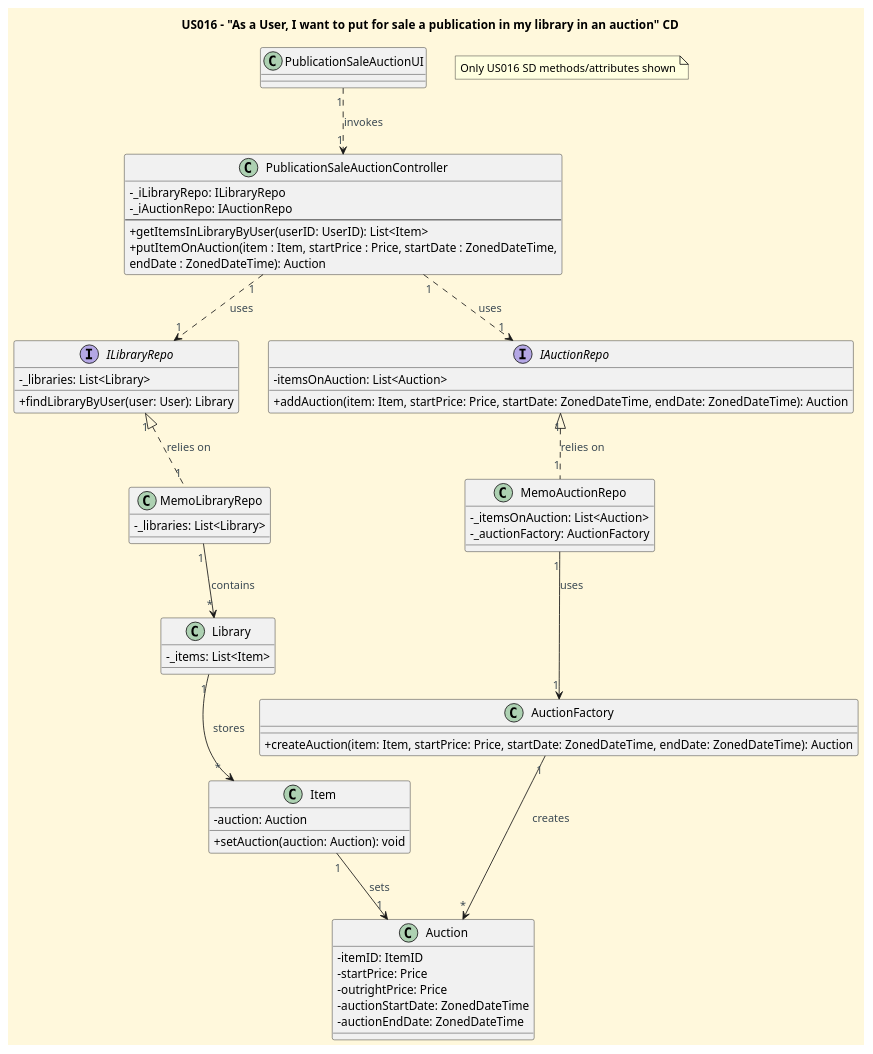
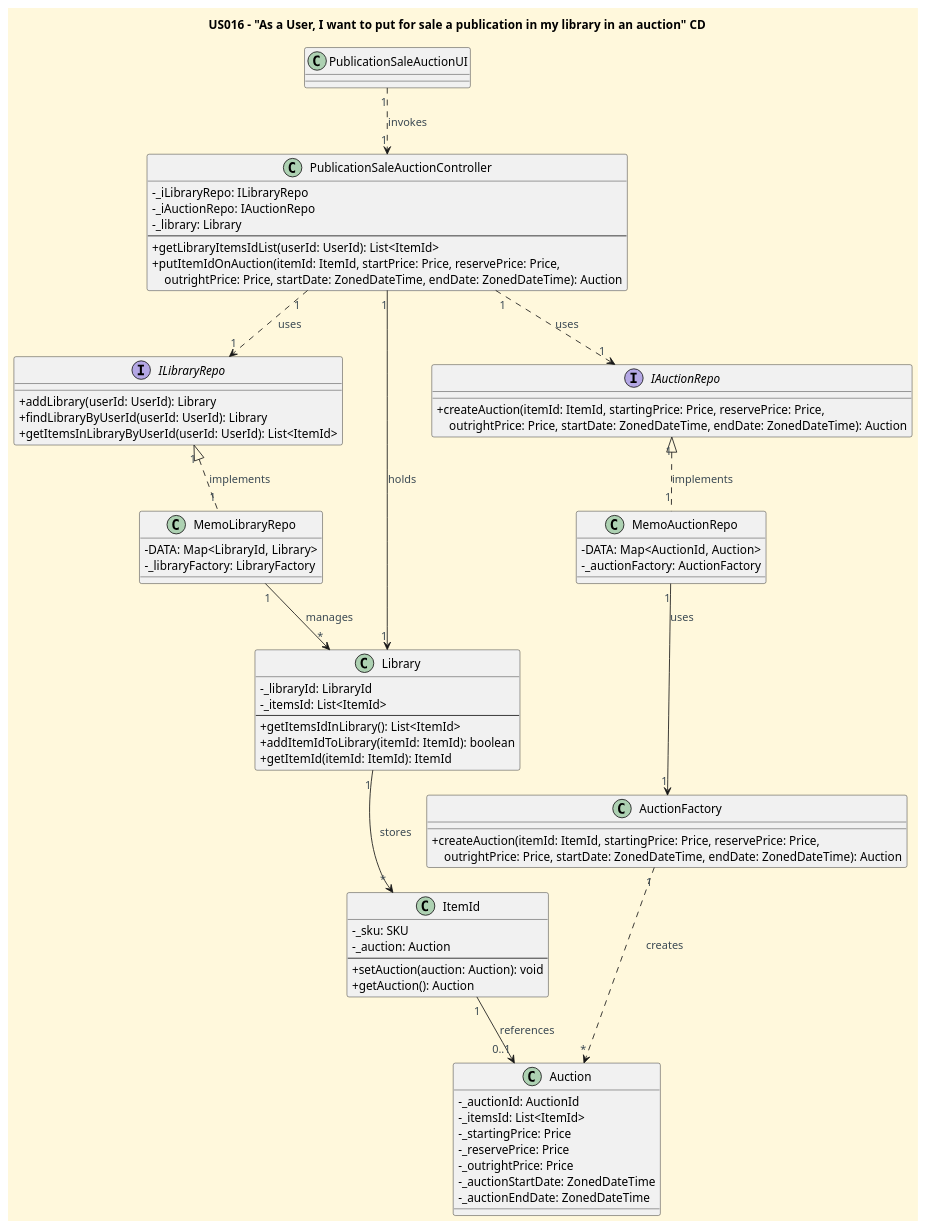
One commit to CarolinaLeite-collab/JavaMarketplacePlatform changed the diagram in docs/user-stories/US016/US016_publication_sale_auction_CD.puml. Above: the diagram before and after it, drawn with PlantUML. The commit also changed 2 other files, not shown here.

```diff
--- a/docs/user-stories/US016/US016_publication_sale_auction_CD.puml
+++ b/docs/user-stories/US016/US016_publication_sale_auction_CD.puml
@@ -1,97 +1,107 @@
 @startuml
 'https://plantuml.com/class-diagram
 title US016 – "As a User, I want to put for sale a publication in my library in an auction" CD
 
 '==== basic style ====
 skinparam monochrome false
 skinparam shadowing false
 skinparam defaultFontName Futura
 skinparam objectFontSize 20
 skinparam backgroundColor CornSilk
 skinparam objectBackgroundColor WhiteSmoke
 skinparam noteBackgroundColor #FFFFE0
 skinparam ArrowFontColor #3B4953
 skinparam ActivationBackgroundColor black
 skinparam classAttributeIconSize 0
 
 '=== Classes ===
 class PublicationSaleAuctionUI {
 }
 
 class PublicationSaleAuctionController {
   - _iLibraryRepo: ILibraryRepo
   - _iAuctionRepo: IAuctionRepo
+  - _library: Library
   --
-  + getItemsInLibraryByUser(userID: UserID): List<Item>
-  + putItemOnAuction(item : Item, startPrice : Price, startDate : ZonedDateTime,
-                            endDate : ZonedDateTime): Auction
+  + getLibraryItemsIdList(userId: UserId): List<ItemId>
+  + putItemIdOnAuction(itemId: ItemId, startPrice: Price, reservePrice: Price,\n    outrightPrice: Price, startDate: ZonedDateTime, endDate: ZonedDateTime): Auction
 }
 
 Interface ILibraryRepo {
-  - _libraries: List<Library>
-  + findLibraryByUser(user: User): Library
+  + addLibrary(userId: UserId): Library
+  + findLibraryByUserId(userId: UserId): Library
+  + getItemsInLibraryByUserId(userId: UserId): List<ItemId>
 }
 
 class MemoLibraryRepo {
-  - _libraries: List<Library>
+  - DATA: Map<LibraryId, Library>
+  - _libraryFactory: LibraryFactory
 }
 
+class Library {
+  - _libraryId: LibraryId
+  - _itemsId: List<ItemId>
+  --
+  + getItemsIdInLibrary(): List<ItemId>
+  + addItemIdToLibrary(itemId: ItemId): boolean
+  + getItemId(itemId: ItemId): ItemId
+}
 
-class Item {
-  - auction: Auction
+class ItemId {
+  - _sku: SKU
+  - _auction: Auction
+  --
   + setAuction(auction: Auction): void
+  + getAuction(): Auction
 }
 
 Interface IAuctionRepo {
-  - itemsOnAuction: List<Auction>
-  + addAuction(item: Item, startPrice: Price, startDate: ZonedDateTime, endDate: ZonedDateTime): Auction
+  + createAuction(itemId: ItemId, startingPrice: Price, reservePrice: Price,\n    outrightPrice: Price, startDate: ZonedDateTime, endDate: ZonedDateTime): Auction
 }
 
 class MemoAuctionRepo {
--_itemsOnAuction: List<Auction>
--_auctionFactory: AuctionFactory
+  - DATA: Map<AuctionId, Auction>
+  - _auctionFactory: AuctionFactory
+}
+
+class AuctionFactory {
+  + createAuction(itemId: ItemId, startingPrice: Price, reservePrice: Price,\n    outrightPrice: Price, startDate: ZonedDateTime, endDate: ZonedDateTime): Auction
 }
 
 class Auction {
-- itemID: ItemID
-- startPrice: Price
-- outrightPrice: Price
-- auctionStartDate: ZonedDateTime
-- auctionEndDate: ZonedDateTime
-}
-
-class AuctionFactory {
-  + createAuction(item: Item, startPrice: Price, startDate: ZonedDateTime, endDate: ZonedDateTime): Auction
-}
-
-class Library {
--_items: List<Item>
+  - _auctionId: AuctionId
+  - _itemsId: List<ItemId>
+  - _startingPrice: Price
+  - _reservePrice: Price
+  - _outrightPrice: Price
+  - _auctionStartDate: ZonedDateTime
+  - _auctionEndDate: ZonedDateTime
 }
 
 '=== Relationships ===
 ' UI → Controller
 PublicationSaleAuctionUI "1" ..> "1" PublicationSaleAuctionController : invokes
 
 ' Controller → Interfaces
 PublicationSaleAuctionController "1" ..> "1" ILibraryRepo : uses
 PublicationSaleAuctionController "1" ..> "1" IAuctionRepo : uses
 
 ' Interfaces → Repos
-ILibraryRepo "1" <|.. "1" MemoLibraryRepo : relies on
-IAuctionRepo "1" <|.. "1" MemoAuctionRepo : relies on
+ILibraryRepo "1" <|.. "1" MemoLibraryRepo : implements
+IAuctionRepo "1" <|.. "1" MemoAuctionRepo : implements
 
-' Repos delegate creation to factories
+' Library chain
+MemoLibraryRepo "1" --> "*" Library : manages
+Library "1" --> "*" ItemId : stores
+
+' Controller holds library directly
+PublicationSaleAuctionController "1" --> "1" Library : holds
+
+' ItemId links to Auction after creation
+ItemId "1" --> "0..1" Auction : references
+
+' Auction creation chain
 MemoAuctionRepo "1" --> "1" AuctionFactory : uses
-AuctionFactory "1" --> "*" Auction : creates
-
-MemoLibraryRepo "1" --> "*" Library : contains
-Library "1" --> "*" Item : stores
-
-' Tem sets Auction
-Item "1" --> "1" Auction : sets
-
-note as N1
- Only US016 SD methods/attributes shown
-end note
+AuctionFactory "1" ..> "*" Auction : creates
 
 @enduml
```
